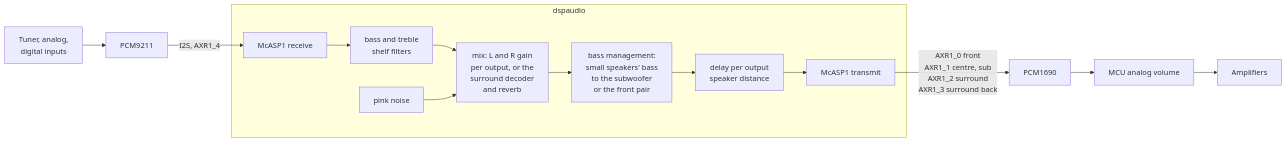
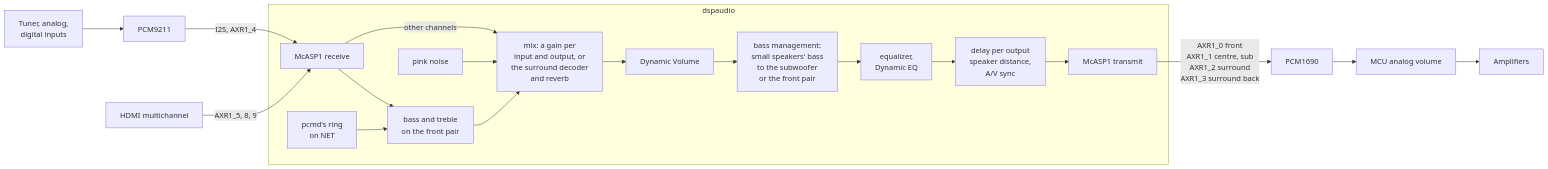
Before and after one commit to ubis/OSIRIS: the fifth of 5 diagrams in docs/architecture.md, drawn with Mermaid. The commit also changed other lines of this file and 6 other files, not shown here.

````diff
--- a/docs/architecture.md
+++ b/docs/architecture.md
@@ -156,15 +150,20 @@
 ```mermaid
 flowchart LR
     IN[Tuner, analog,<br/>digital inputs] --> DIR[PCM9211]
     DIR -->|I2S, AXR1_4| RX[McASP1 receive]
+    HDMI[HDMI multichannel] -->|AXR1_5, 8, 9| RX
     subgraph dspaudio
-        RX --> TONE[bass and treble<br/>shelf filters]
-        TONE --> MIX[mix: L and R gain<br/>per output, or the<br/>surround decoder<br/>and reverb]
+        RX --> TONE[bass and treble<br/>on the front pair]
+        RING[pcmd's ring<br/>on NET] --> TONE
+        TONE --> MIX[mix: a gain per<br/>input and output, or<br/>the surround decoder<br/>and reverb]
+        RX -->|other channels| MIX
         NOISE[pink noise] --> MIX
-        MIX --> BASS[bass management:<br/>small speakers' bass<br/>to the subwoofer<br/>or the front pair]
-        BASS --> DELAY[delay per output<br/>speaker distance]
+        MIX --> DVOL[Dynamic Volume]
+        DVOL --> BASS[bass management:<br/>small speakers' bass<br/>to the subwoofer<br/>or the front pair]
+        BASS --> EQ[equalizer,<br/>Dynamic EQ]
+        EQ --> DELAY[delay per output<br/>speaker distance,<br/>A/V sync]
         DELAY --> TX[McASP1 transmit]
     end
     TX -->|AXR1_0 front<br/>AXR1_1 centre, sub<br/>AXR1_2 surround<br/>AXR1_3 surround back| DAC[PCM1690]
     DAC --> VOL[MCU analog volume] --> AMP[Amplifiers]
 ```
````
